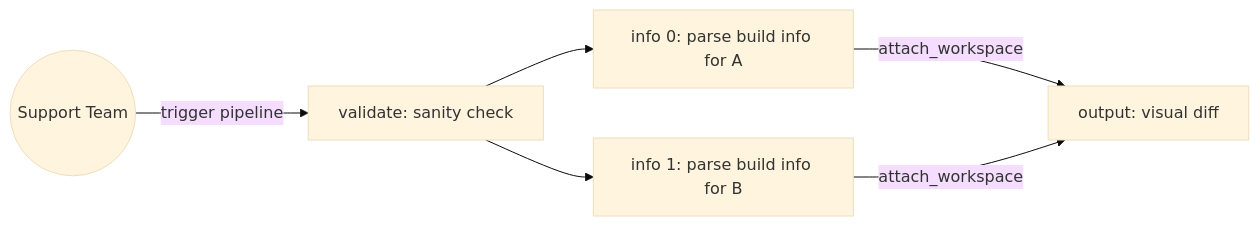
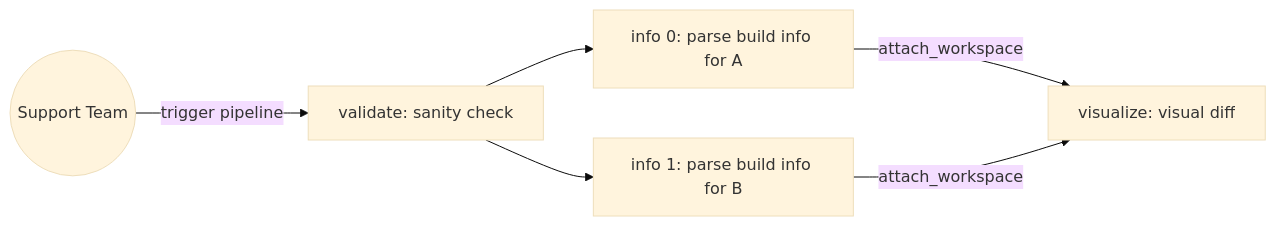
One commit to kelvintaywl/circleci-build-compare changed the diagram in README.md. Above: the diagram before and after it, drawn with Mermaid (base theme).

Commit message:
[skip ci] docs(README.md): update job name

````diff
--- a/README.md
+++ b/README.md
@@ -22,8 +22,8 @@
 ```mermaid
 flowchart LR
     support((Support Team)) -- trigger pipeline --> validate[validate: sanity check]
     validate --> infoA[info 0: parse build info for A]
     validate --> infoB[info 1: parse build info for B]
-    infoA -- attach_workspace --> output[output: visual diff]
-    infoB -- attach_workspace --> output
+    infoA -- attach_workspace --> visualize[visualize: visual diff]
+    infoB -- attach_workspace --> visualize
 ```
````
